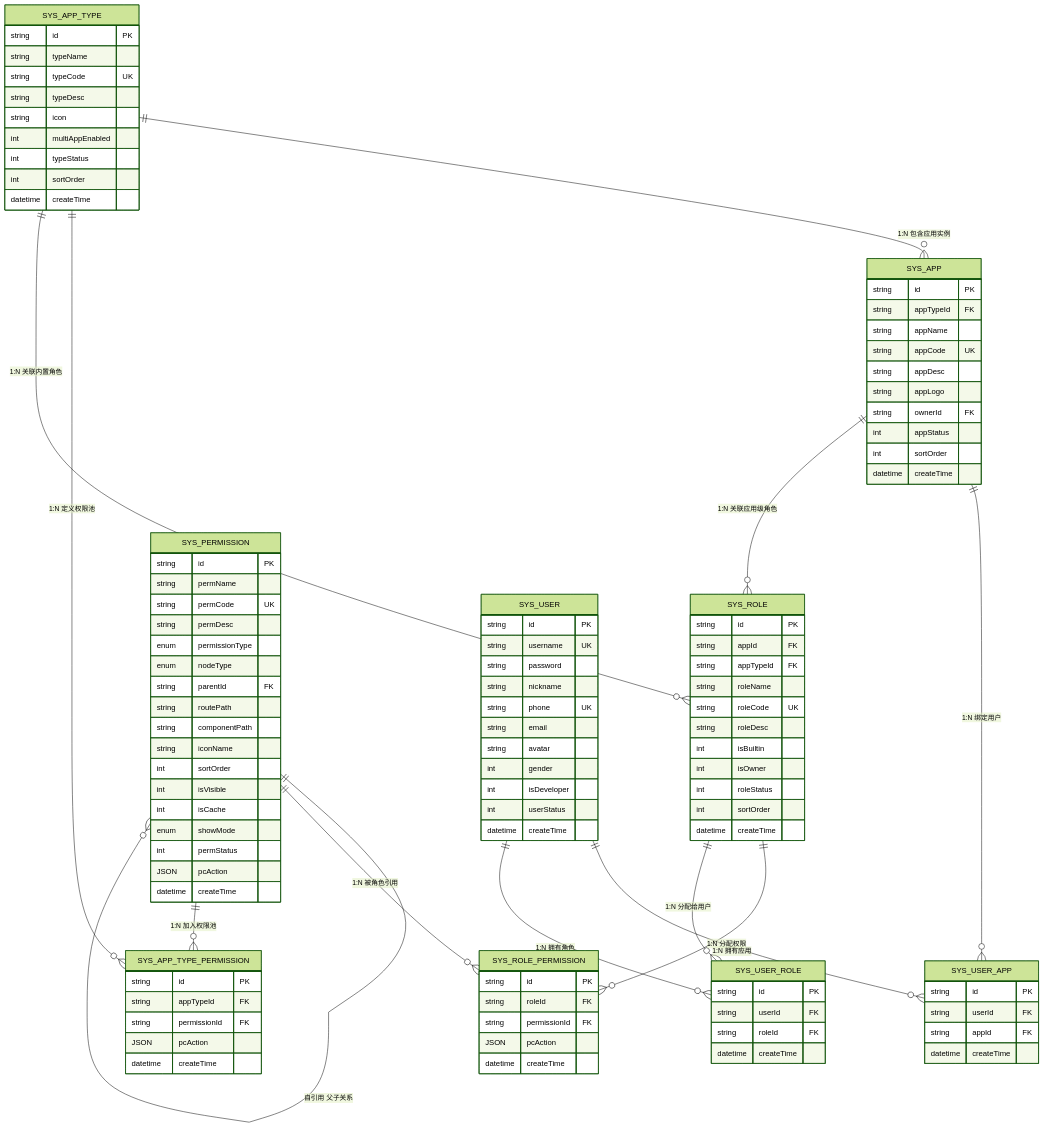
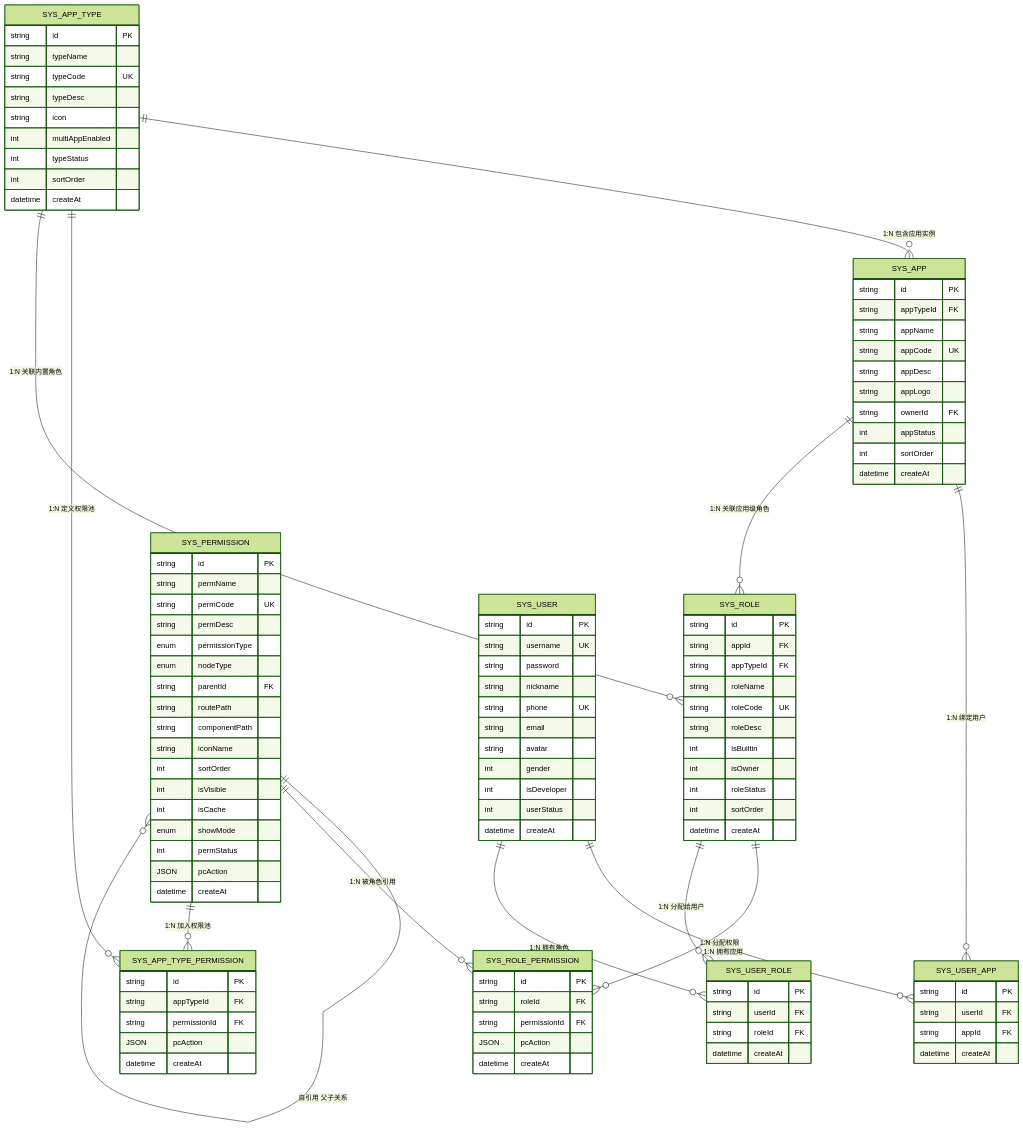
One commit to huyumo/moyan-mfw changed the diagram in docs/database/database-er-diagram.md. Above: the diagram before and after it, drawn with Mermaid (forest theme). The commit also changed 2 other files, not shown here.

Commit message:
refactor(database): 统一审计字段命名规范
将 createTime 和 updateTime 统一重命名为 createAt 和 updateAt
更新相关文档中的字段引用和说明

````diff
--- a/docs/database/database-er-diagram.md
+++ b/docs/database/database-er-diagram.md
@@ -49,7 +49,7 @@
         int multiAppEnabled
         int typeStatus
         int sortOrder
-        datetime createTime
+        datetime createAt
     }
 
     SYS_APP {
@@ -62,7 +62,7 @@
         string ownerId FK
         int appStatus
         int sortOrder
-        datetime createTime
+        datetime createAt
     }
 
     SYS_ROLE {
@@ -76,7 +76,7 @@
         int isOwner
         int roleStatus
         int sortOrder
-        datetime createTime
+        datetime createAt
     }
 
     SYS_PERMISSION {
@@ -96,7 +96,7 @@
         enum showMode
         int permStatus
         JSON pcAction
-        datetime createTime
+        datetime createAt
     }
 
     SYS_USER {
@@ -110,7 +110,7 @@
         int gender
         int isDeveloper
         int userStatus
-        datetime createTime
+        datetime createAt
     }
 
     SYS_ROLE_PERMISSION {
@@ -118,7 +118,7 @@
         string roleId FK
         string permissionId FK
         JSON pcAction
-        datetime createTime
+        datetime createAt
     }
 
     SYS_APP_TYPE_PERMISSION {
@@ -126,20 +126,20 @@
         string appTypeId FK
         string permissionId FK
         JSON pcAction
-        datetime createTime
+        datetime createAt
     }
 
     SYS_USER_APP {
         string id PK
         string userId FK
         string appId FK
-        datetime createTime
+        datetime createAt
     }
 
     SYS_USER_ROLE {
         string id PK
         string userId FK
         string roleId FK
-        datetime createTime
+        datetime createAt
     }
 ```
````
